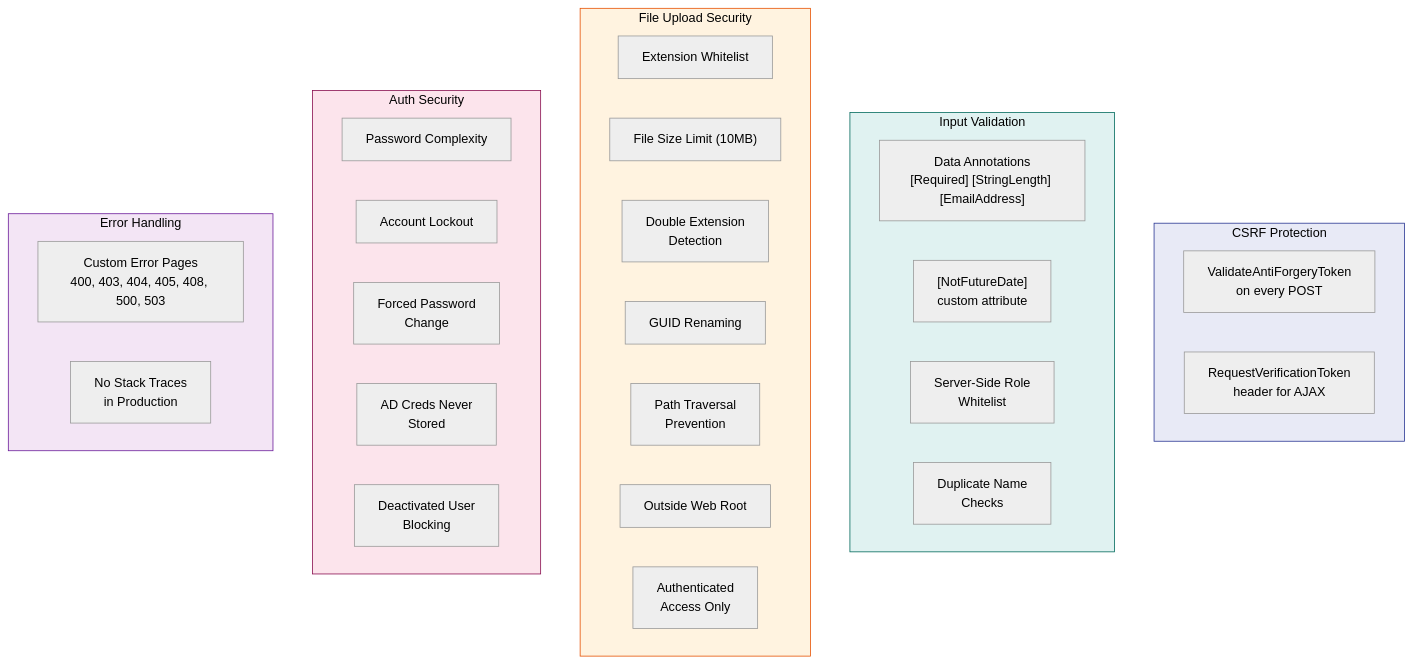
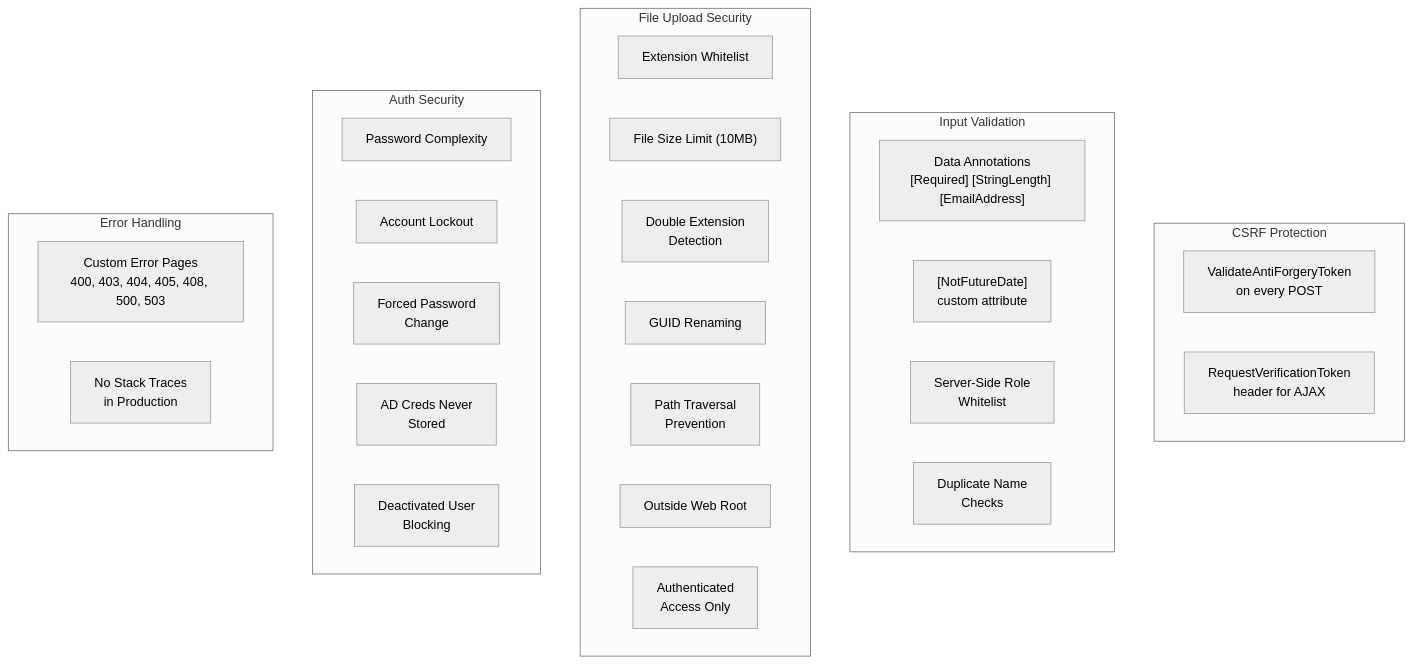
One commit to aminabibi19961996-gif/LostAndFoundApp changed the seventh of 9 diagrams in README.md. Above: the diagram before and after it, drawn with Mermaid (neutral theme). The commit also changed other lines of this file, not shown here.

Commit message:
fix: remove custom Mermaid colors for GitHub theme compatibility

````diff
--- a/README.md
+++ b/README.md
@@ -731,43 +715,38 @@
 ```mermaid
 graph TD
  subgraph CSRF["CSRF Protection"]
  AF["ValidateAntiForgeryToken<br/>on every POST"]
  AH["RequestVerificationToken<br/>header for AJAX"]
  end
 
  subgraph INPUT["Input Validation"]
  DA["Data Annotations<br/>[Required] [StringLength] [EmailAddress]"]
  NF["[NotFutureDate]<br/>custom attribute"]
  RW["Server-Side Role<br/>Whitelist"]
  DN["Duplicate Name<br/>Checks"]
  end
 
  subgraph FILE["File Upload Security"]
  EW["Extension Whitelist"]
  FS2["File Size Limit (10MB)"]
  DE["Double Extension<br/>Detection"]
  GR["GUID Renaming"]
  PT["Path Traversal<br/>Prevention"]
  OW["Outside Web Root"]
  AA["Authenticated<br/>Access Only"]
  end
 
  subgraph AUTH2["Auth Security"]
  PC["Password Complexity"]
  LO["Account Lockout"]
  FP["Forced Password<br/>Change"]
  AD2["AD Creds Never<br/>Stored"]
  DA2["Deactivated User<br/>Blocking"]
  end
 
  subgraph ERR["Error Handling"]
  CP["Custom Error Pages<br/>400, 403, 404, 405, 408, 500, 503"]
  NS["No Stack Traces<br/>in Production"]
  end
 
- style CSRF fill:#e8eaf6,stroke:#283593,color:#000
- style INPUT fill:#e0f2f1,stroke:#00695c,color:#000
- style FILE fill:#fff3e0,stroke:#e65100,color:#000
- style AUTH2 fill:#fce4ec,stroke:#880e4f,color:#000
- style ERR fill:#f3e5f5,stroke:#6a1b9a,color:#000
 ```
````
